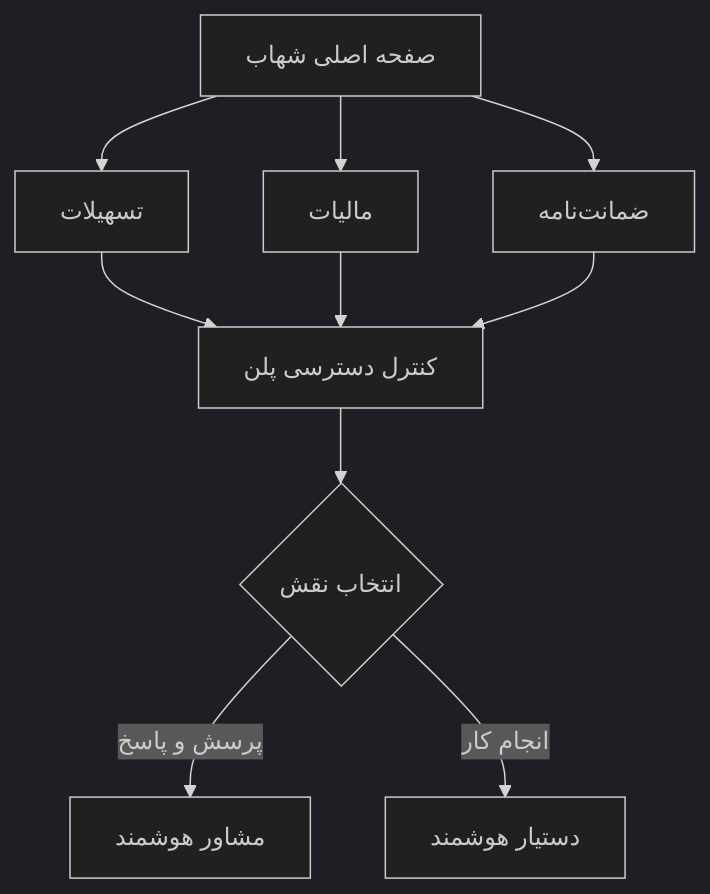
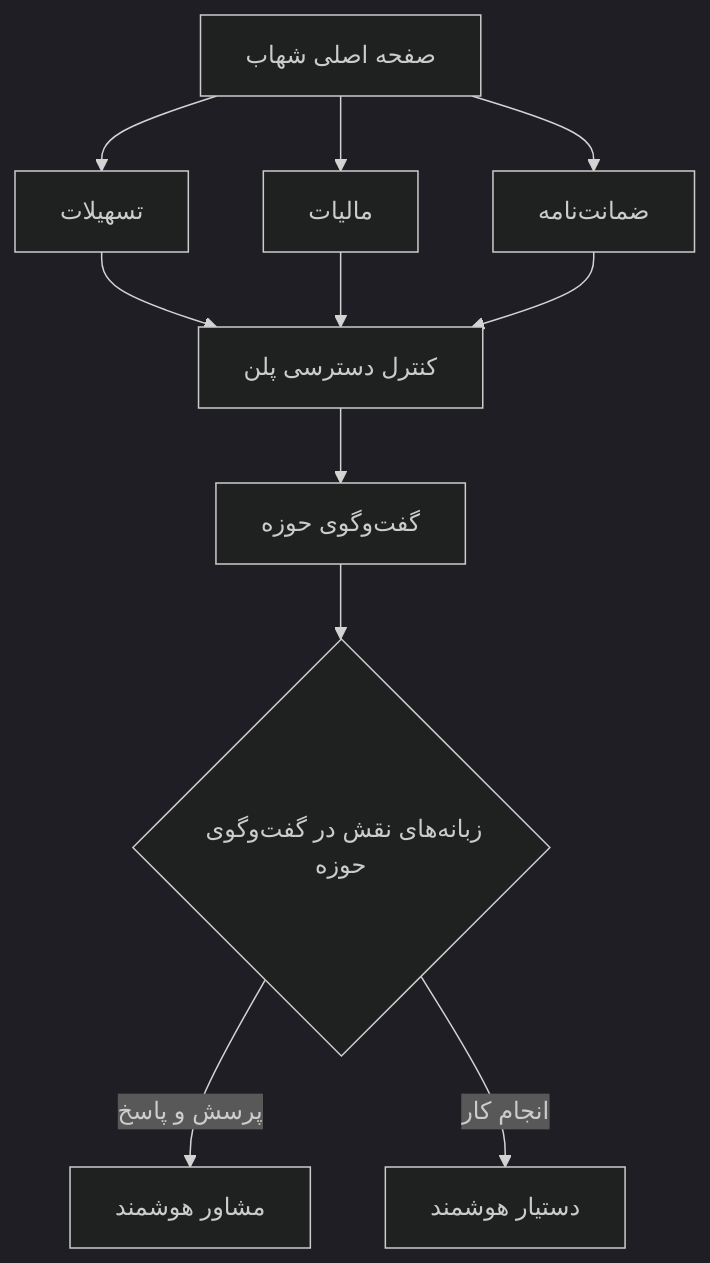
One commit to Brotherlouiee/shahab-demo changed diagram 13 of 26 in docs/SHAHAB_PHASE_2_DEVELOPMENT_BLUEPRINT.md. Above: the diagram before and after it, drawn with Mermaid (dark theme). The commit also changed other lines of this file, not shown here.

````diff
--- a/docs/SHAHAB_PHASE_2_DEVELOPMENT_BLUEPRINT.md
+++ b/docs/SHAHAB_PHASE_2_DEVELOPMENT_BLUEPRINT.md
@@ -1235,20 +1237,20 @@
 ```mermaid
 flowchart TD
     HOME["صفحه اصلی شهاب"]
     LOAN["تسهیلات"]
     TAX["مالیات"]
     GUAR["ضمانت‌نامه"]
     CHECK["کنترل دسترسی پلن"]
-    CHOICE{"انتخاب نقش"}
+    CHOICE{"زبانه‌های نقش در گفت‌وگوی حوزه"}
     ADV["مشاور هوشمند"]
     AST["دستیار هوشمند"]
     HOME --> LOAN
     HOME --> TAX
     HOME --> GUAR
     LOAN --> CHECK
     TAX --> CHECK
     GUAR --> CHECK
-    CHECK --> CHOICE
+    CHECK --> CHAT["گفت‌وگوی حوزه"] --> CHOICE
     CHOICE -->|پرسش و پاسخ| ADV
     CHOICE -->|انجام کار| AST
 ```
````
